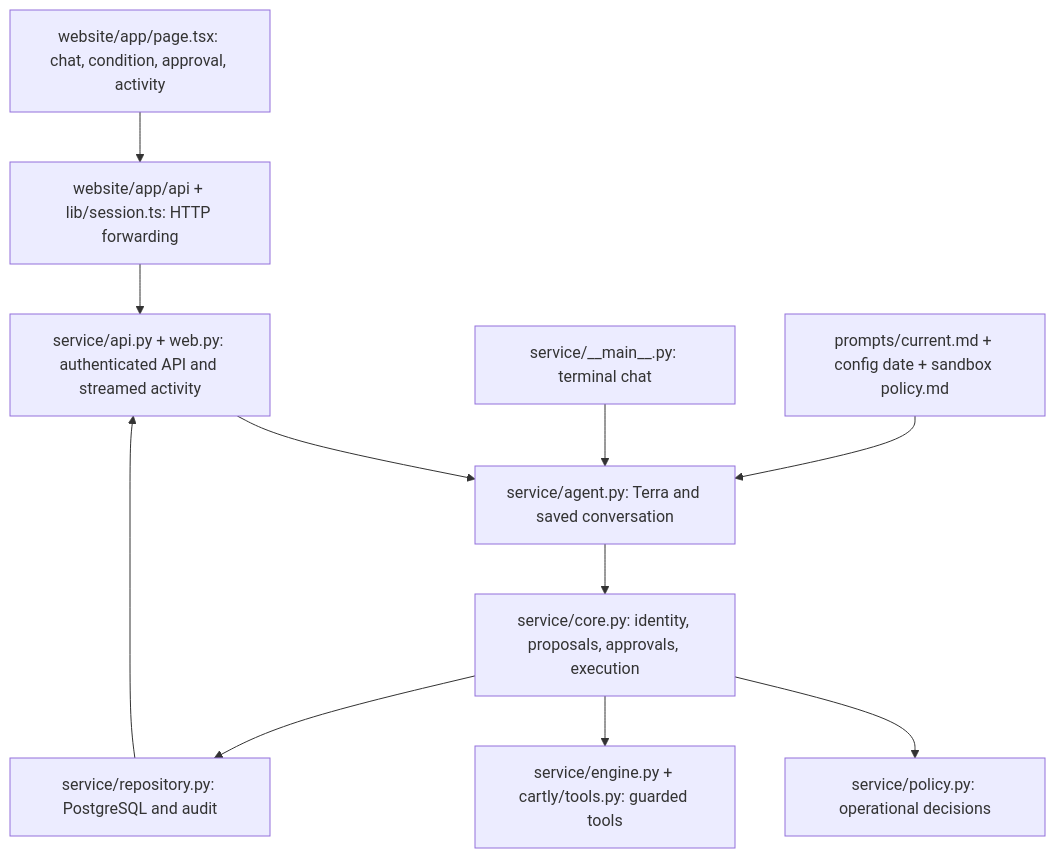
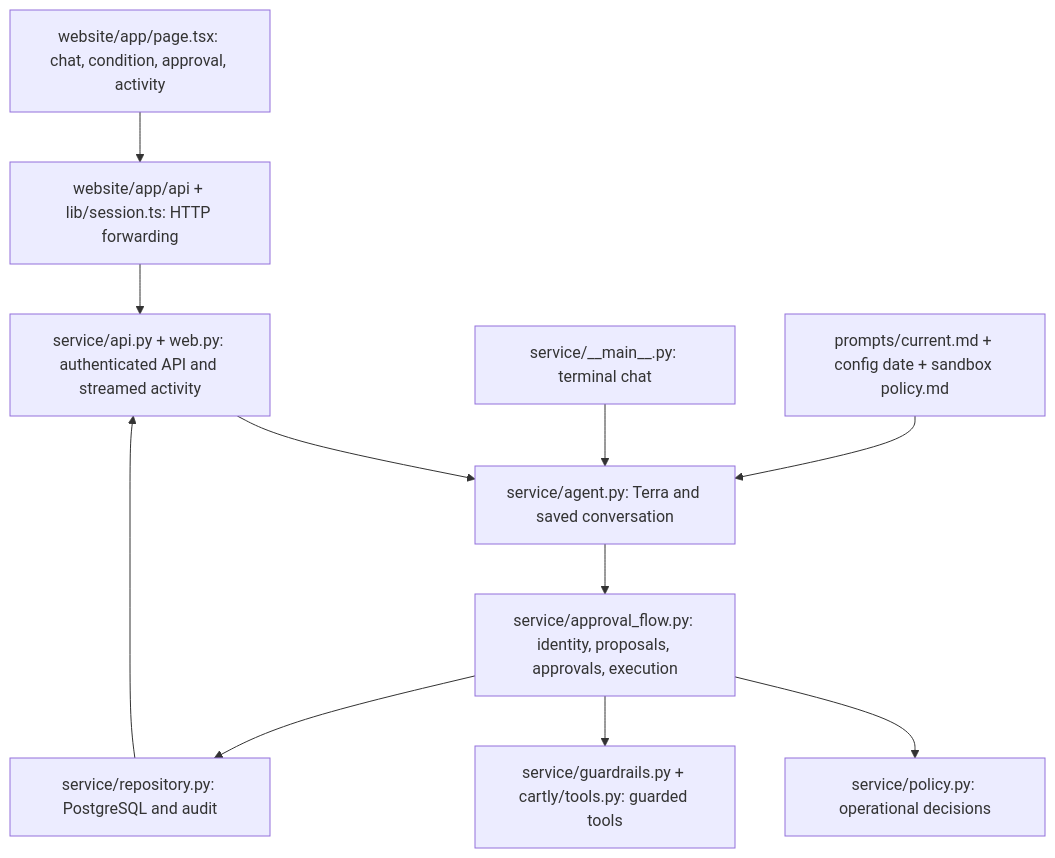
The diagram in docs/technical-architecture.md (karanjain-dev/cartly-agent-studio), drawn with Mermaid before and after one commit. The commit also changed other lines of this file and 11 other files, not shown here.

````diff
--- a/docs/technical-architecture.md
+++ b/docs/technical-architecture.md
@@ -43,13 +43,13 @@
 ```mermaid
 flowchart TD
   UI["website/app/page.tsx: chat, condition, approval, activity"] --> Proxy["website/app/api + lib/session.ts: HTTP forwarding"]
   Proxy --> API["service/api.py + web.py: authenticated API and streamed activity"]
   CLI["service/__main__.py: terminal chat"] --> Agent
   API --> Agent["service/agent.py: Terra and saved conversation"]
   Prompt["prompts/current.md + config date + sandbox policy.md"] --> Agent
-  Agent --> Core["service/core.py: identity, proposals, approvals, execution"]
+  Agent --> Core["service/approval_flow.py: identity, proposals, approvals, execution"]
   Core --> Rules["service/policy.py: operational decisions"]
-  Core --> Engine["service/engine.py + cartly/tools.py: guarded tools"]
+  Core --> Engine["service/guardrails.py + cartly/tools.py: guarded tools"]
   Core --> DB["service/repository.py: PostgreSQL and audit"]
   DB --> API
 ```
````
